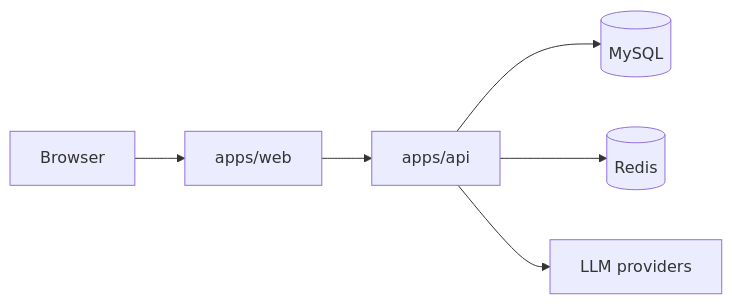
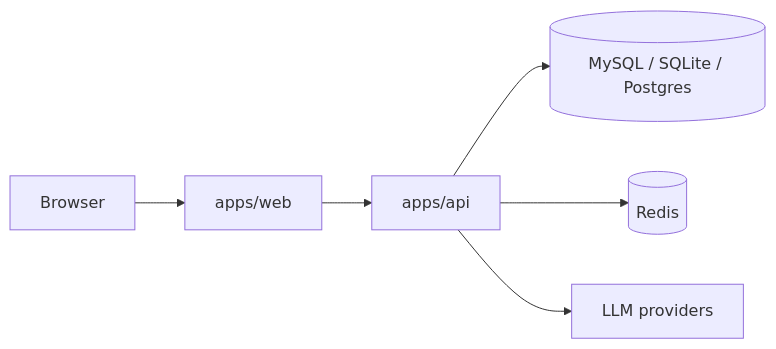
One commit to recombyn/recombine changed the diagram in README.md. Above: the diagram before and after it, drawn with Mermaid. The commit also changed other lines of this file and 1 other file, not shown here.

First line of the commit message:
Mention PostgreSQL support on the README homepage.

````diff
--- a/README.md
+++ b/README.md
@@ -76,8 +77,8 @@
 ```mermaid
 flowchart LR
   User[Browser] --> Web[apps/web]
   Web --> API[apps/api]
-  API --> MySQL[(MySQL)]
+  API --> DB[(MySQL / SQLite / Postgres)]
   API --> Redis[(Redis)]
   API --> LLM[LLM providers]
 ```
````
